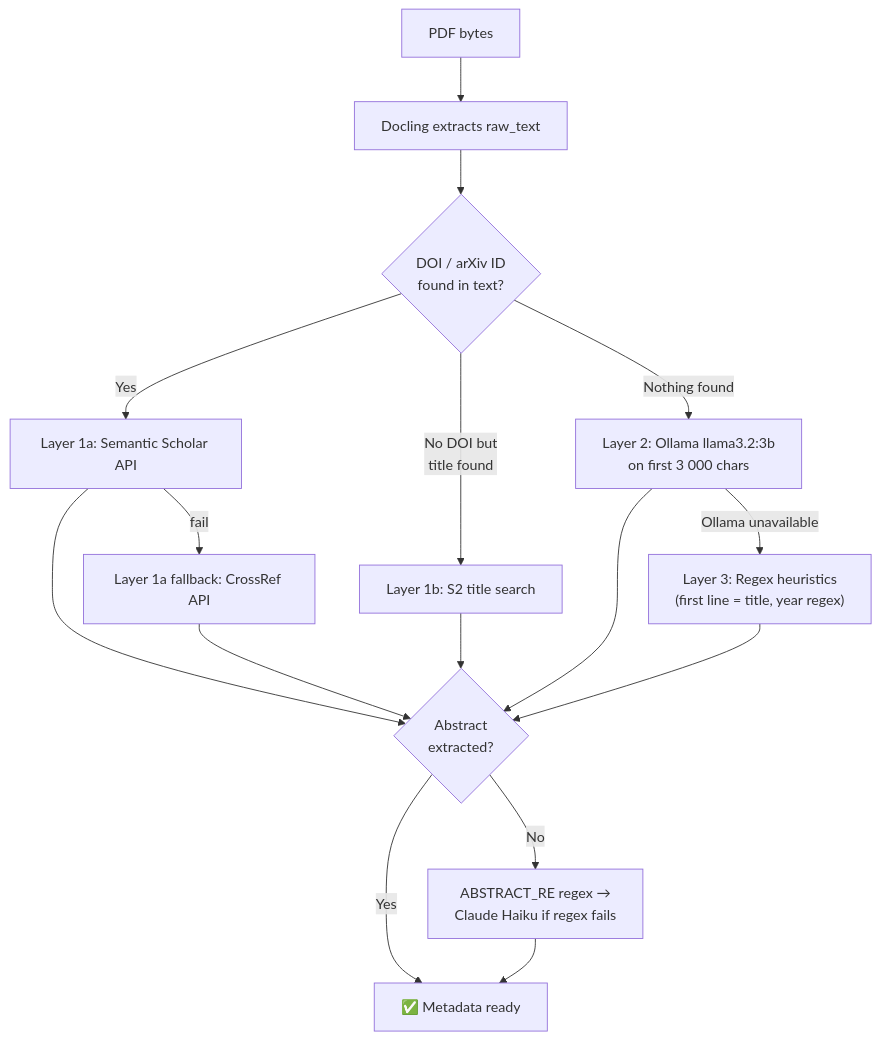
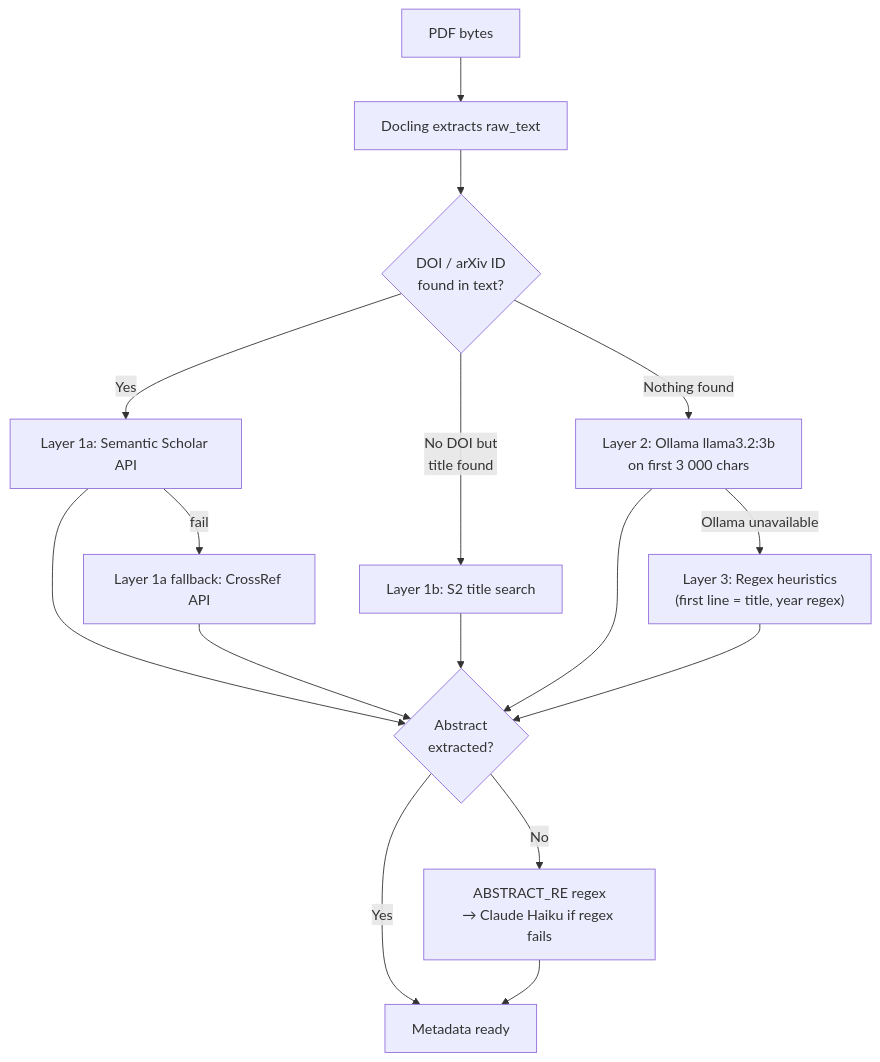
Before and after one commit to NiklasAbraham/PaperManager: the first of 14 diagrams in docs/technical/ai-pipelines.md, drawn with Mermaid. The commit also changed other lines of this file and 43 other files, not shown here.

````diff
--- a/docs/technical/ai-pipelines.md
+++ b/docs/technical/ai-pipelines.md
@@ -24,23 +24,23 @@
 ```mermaid
 flowchart TD
     Start["PDF bytes"] --> Extract["Docling extracts raw_text"]
     Extract --> FindDOI{DOI / arXiv ID\nfound in text?}
 
     FindDOI -->|"Yes"| S2["Layer 1a: Semantic Scholar API"]
     S2 -->|fail| CR["Layer 1a fallback: CrossRef API"]
 
     FindDOI -->|"No DOI but\ntitle found"| S2Title["Layer 1b: S2 title search"]
 
     FindDOI -->|"Nothing found"| Ollama["Layer 2: Ollama llama3.2:3b\non first 3 000 chars"]
     Ollama -->|"Ollama unavailable"| Heuristic["Layer 3: Regex heuristics\n(first line = title, year regex)"]
 
     S2 --> AbstractCheck{Abstract\nextracted?}
     CR --> AbstractCheck
     S2Title --> AbstractCheck
     Ollama --> AbstractCheck
     Heuristic --> AbstractCheck
 
-    AbstractCheck -->|"No"| AbstractFallback["ABSTRACT_RE regex →\nClaude Haiku if regex fails"]
-    AbstractCheck -->|"Yes"| Done["✅ Metadata ready"]
+    AbstractCheck -->|"No"| AbstractFallback["ABSTRACT_RE regex\n→ Claude Haiku if regex fails"]
+    AbstractCheck -->|"Yes"| Done["Metadata ready"]
     AbstractFallback --> Done
 ```
````
